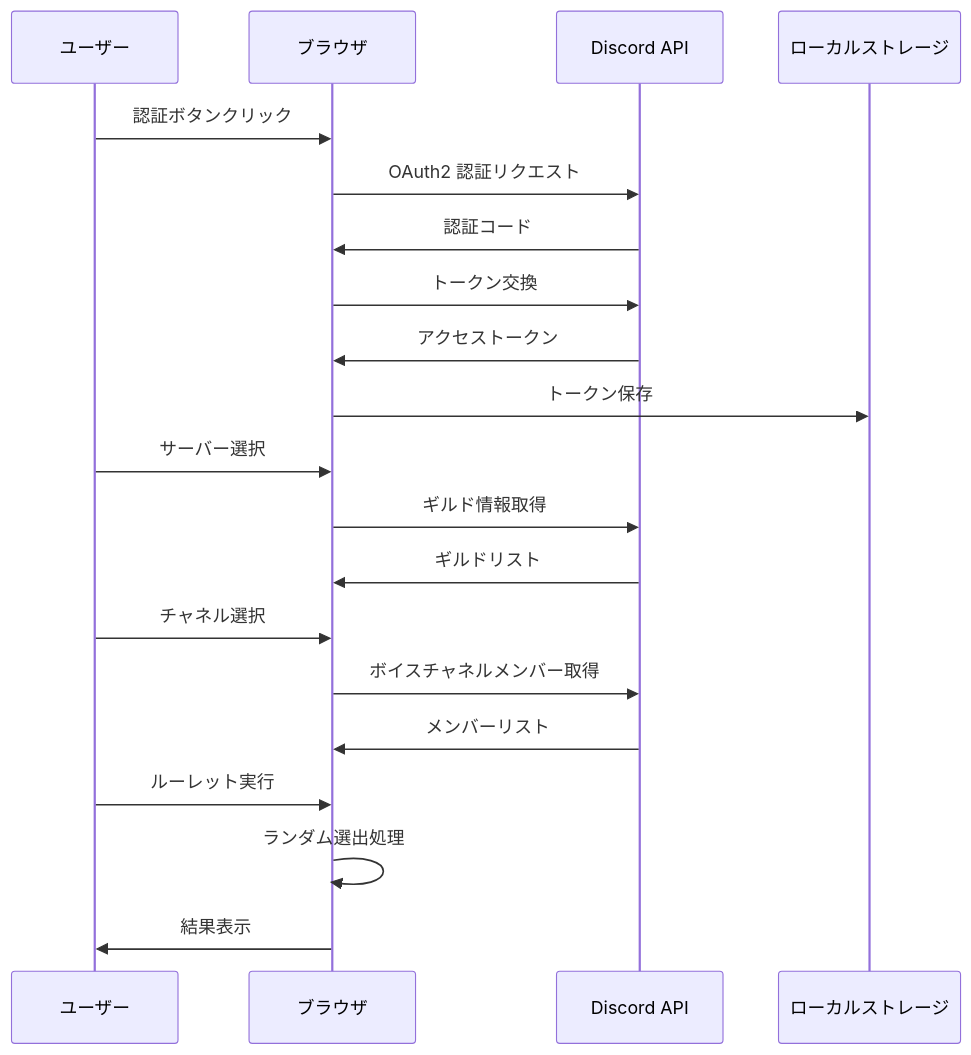
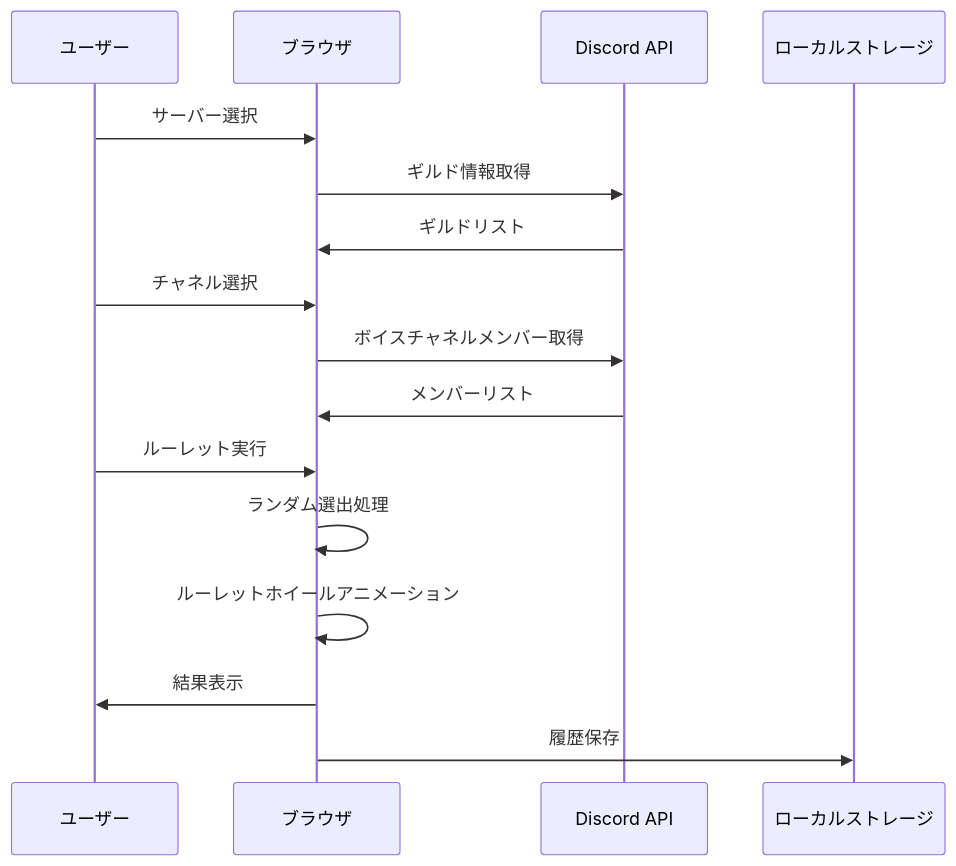
Before and after one commit to yt-glaceon/roulette: the second of 2 diagrams in .kiro/specs/discord-voice-roulette/design.md, drawn with Mermaid. The commit also changed other lines of this file, not shown here.

````diff
--- a/.kiro/specs/discord-voice-roulette/design.md
+++ b/.kiro/specs/discord-voice-roulette/design.md
@@ -37,26 +37,21 @@
 ```mermaid
 sequenceDiagram
     participant U as ユーザー
     participant B as ブラウザ
     participant D as Discord API
     participant S as ローカルストレージ
-
-    U->>B: 認証ボタンクリック
-    B->>D: OAuth2 認証リクエスト
-    D->>B: 認証コード
-    B->>D: トークン交換
-    D->>B: アクセストークン
-    B->>S: トークン保存
     
     U->>B: サーバー選択
     B->>D: ギルド情報取得
     D->>B: ギルドリスト
     
     U->>B: チャネル選択
     B->>D: ボイスチャネルメンバー取得
     D->>B: メンバーリスト
     
     U->>B: ルーレット実行
     B->>B: ランダム選出処理
+    B->>B: ルーレットホイールアニメーション
     B->>U: 結果表示
+    B->>S: 履歴保存
 ```
````
